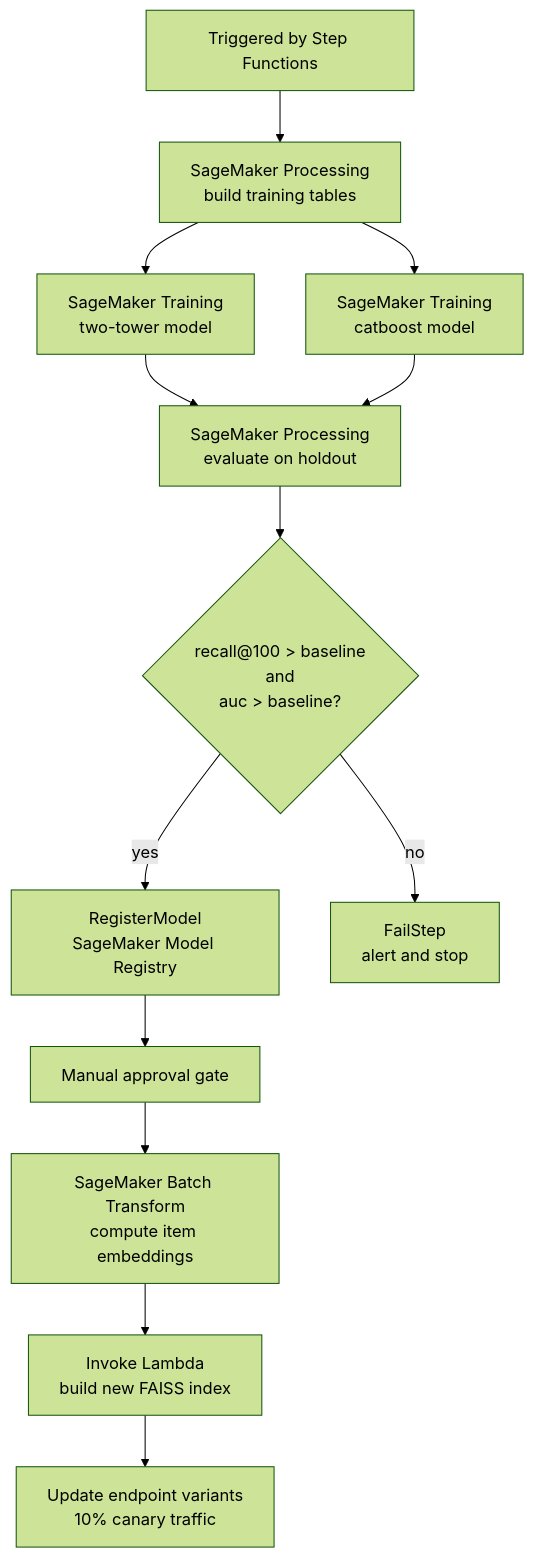
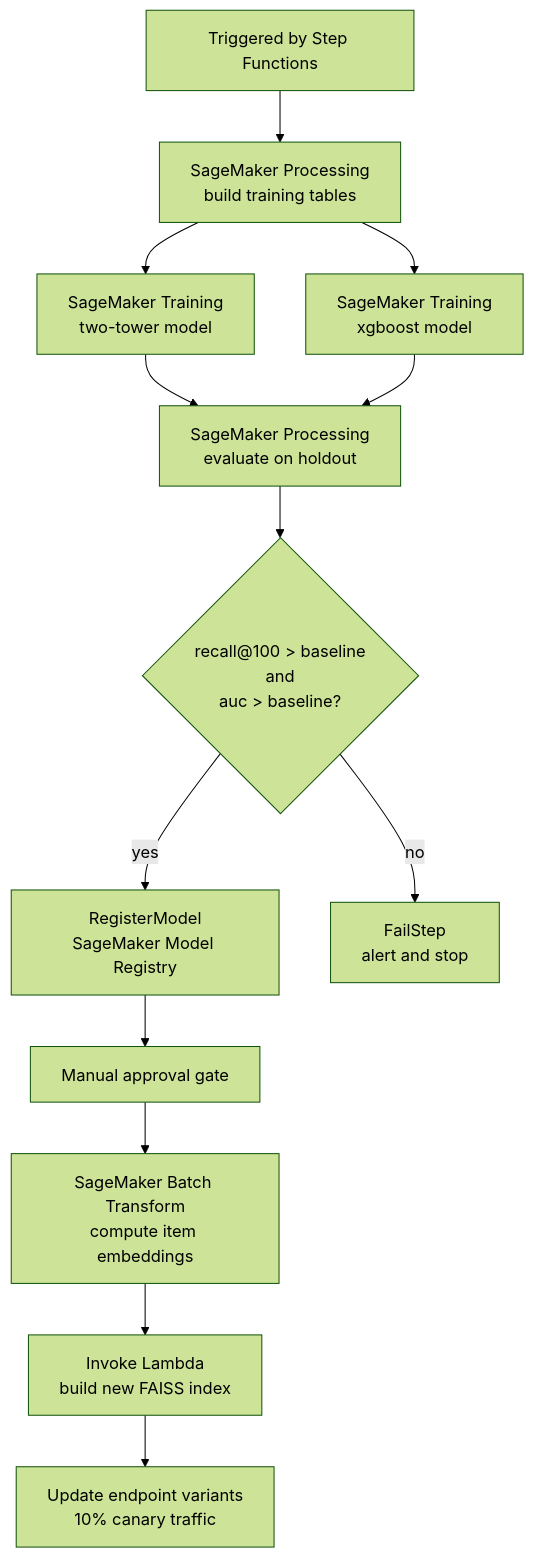
The seventh of 9 diagrams in docs/my-docs/personal-learning/future-implementation/hld.md (rahulvansh66/fashion-recommendation-system), drawn with Mermaid (forest theme) before and after one commit. The commit also changed other lines of this file and 144 other files, not shown here.

````diff
--- a/docs/my-docs/personal-learning/future-implementation/hld.md
+++ b/docs/my-docs/personal-learning/future-implementation/hld.md
@@ -766,23 +766,23 @@
 ```mermaid
 flowchart TB
     pipelineStart[Triggered by Step Functions]
     train1[SageMaker Processing<br/>build training tables]
     train2[SageMaker Training<br/>two-tower model]
-    train3[SageMaker Training<br/>catboost model]
+    train3[SageMaker Training<br/>xgboost model]
     eval[SageMaker Processing<br/>evaluate on holdout]
     cond{"recall@100 &gt; baseline<br/>and<br/>auc &gt; baseline?"}
     register[RegisterModel<br/>SageMaker Model Registry]
     approval[Manual approval gate]
     embed[SageMaker Batch Transform<br/>compute item embeddings]
     indexLambda[Invoke Lambda<br/>build new FAISS index]
     canary[Update endpoint variants<br/>10% canary traffic]
     fail[FailStep<br/>alert and stop]
 
     pipelineStart --> train1 --> train2
     train1 --> train3
     train2 --> eval
     train3 --> eval
     eval --> cond
     cond -->|yes| register --> approval --> embed --> indexLambda --> canary
     cond -->|no| fail
 ```
````
